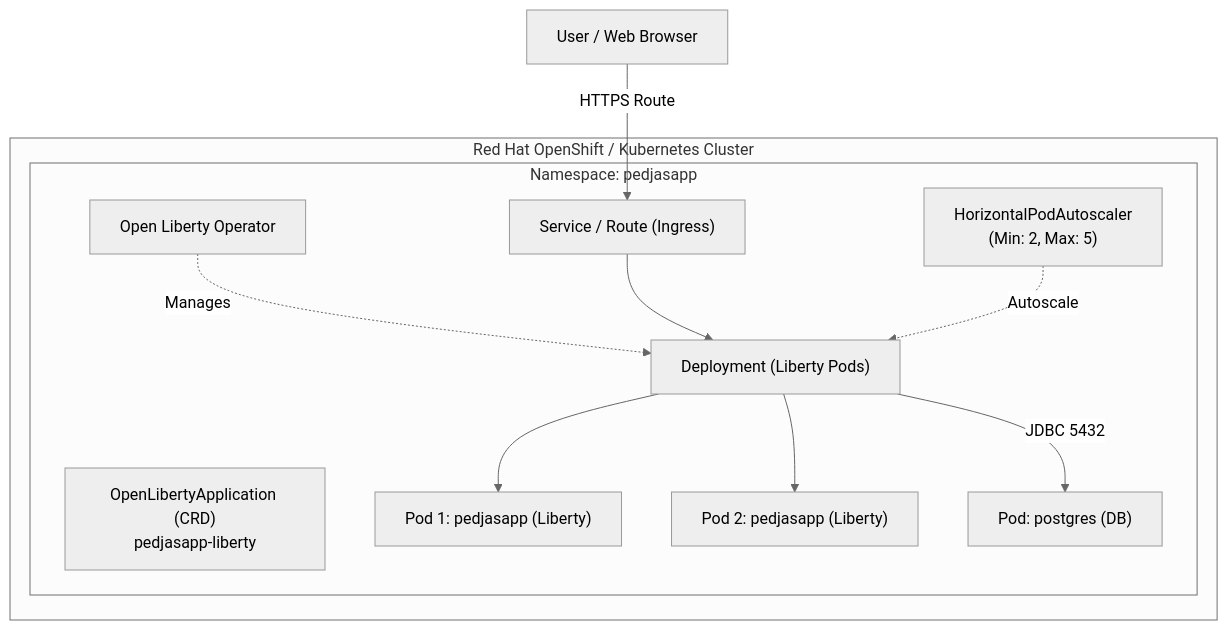
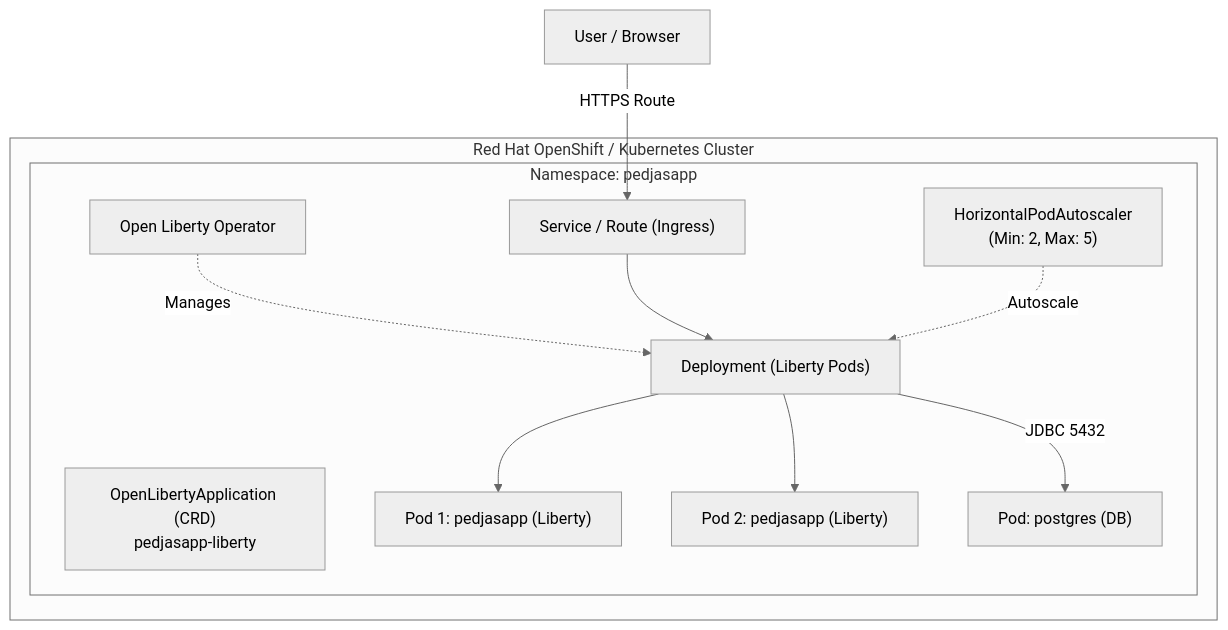
Before and after one commit to IBM-Automation-SPGI/java-mod-workshop: the diagram in docs/lab6/index.en.md, drawn with Mermaid (neutral theme). The commit also changed other lines of this file and 6 other files, not shown here.

````diff
--- a/docs/lab6/index.en.md
+++ b/docs/lab6/index.en.md
@@ -9,18 +9,18 @@
 ```mermaid
 graph TB
     subgraph OCP["Red Hat OpenShift / Kubernetes Cluster"]
         subgraph NS["Namespace: pedjasapp"]
             CR["OpenLibertyApplication (CRD)\npedjasapp-liberty"]
             OP["Open Liberty Operator"]
             OP -.->|Manages| DEP["Deployment (Liberty Pods)"]
             DEP --> POD1["Pod 1: pedjasapp (Liberty)"]
             DEP --> POD2["Pod 2: pedjasapp (Liberty)"]
             SVC["Service / Route (Ingress)"]
             SVC --> DEP
             DB_POD["Pod: postgres (DB)"]
             DEP -->|JDBC 5432| DB_POD
             HPA["HorizontalPodAutoscaler\n(Min: 2, Max: 5)"] -.->|Autoscale| DEP
         end
     end
-    CLIENT[User / Web Browser] -->|HTTPS Route| SVC
+    CLIENT[User / Browser] -->|HTTPS Route| SVC
 ```
````
